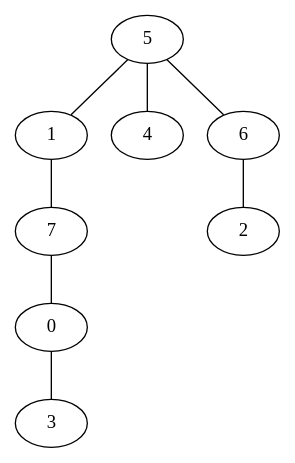
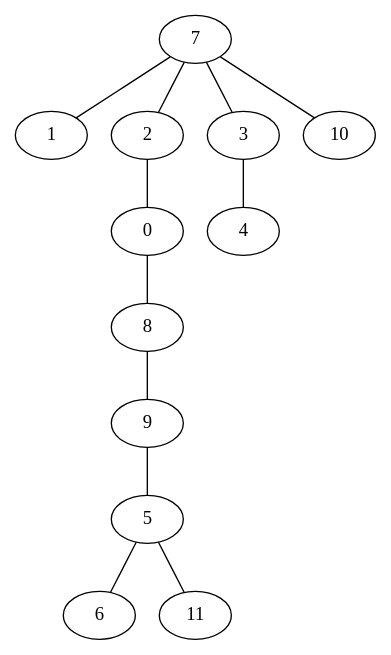
One commit to VillegasGG/greedy-firefighter-problem changed the diagram in experiments/pygrapghviz.dot. Above: the diagram before and after it, drawn with Graphviz. The commit also changed 3 other files, not shown here.

```diff
--- a/experiments/pygrapghviz.dot
+++ b/experiments/pygrapghviz.dot
@@ -1,9 +1,13 @@
 strict graph "" {
-	5 -- 1;
-	5 -- 4;
+	7 -- 1;
+	7 -- 2;
+	7 -- 3;
+	7 -- 10;
+	2 -- 0;
+	3 -- 4;
+	0 -- 8;
+	8 -- 9;
+	9 -- 5;
 	5 -- 6;
-	1 -- 7;
-	6 -- 2;
-	7 -- 0;
-	0 -- 3;
+	5 -- 11;
 }
```
